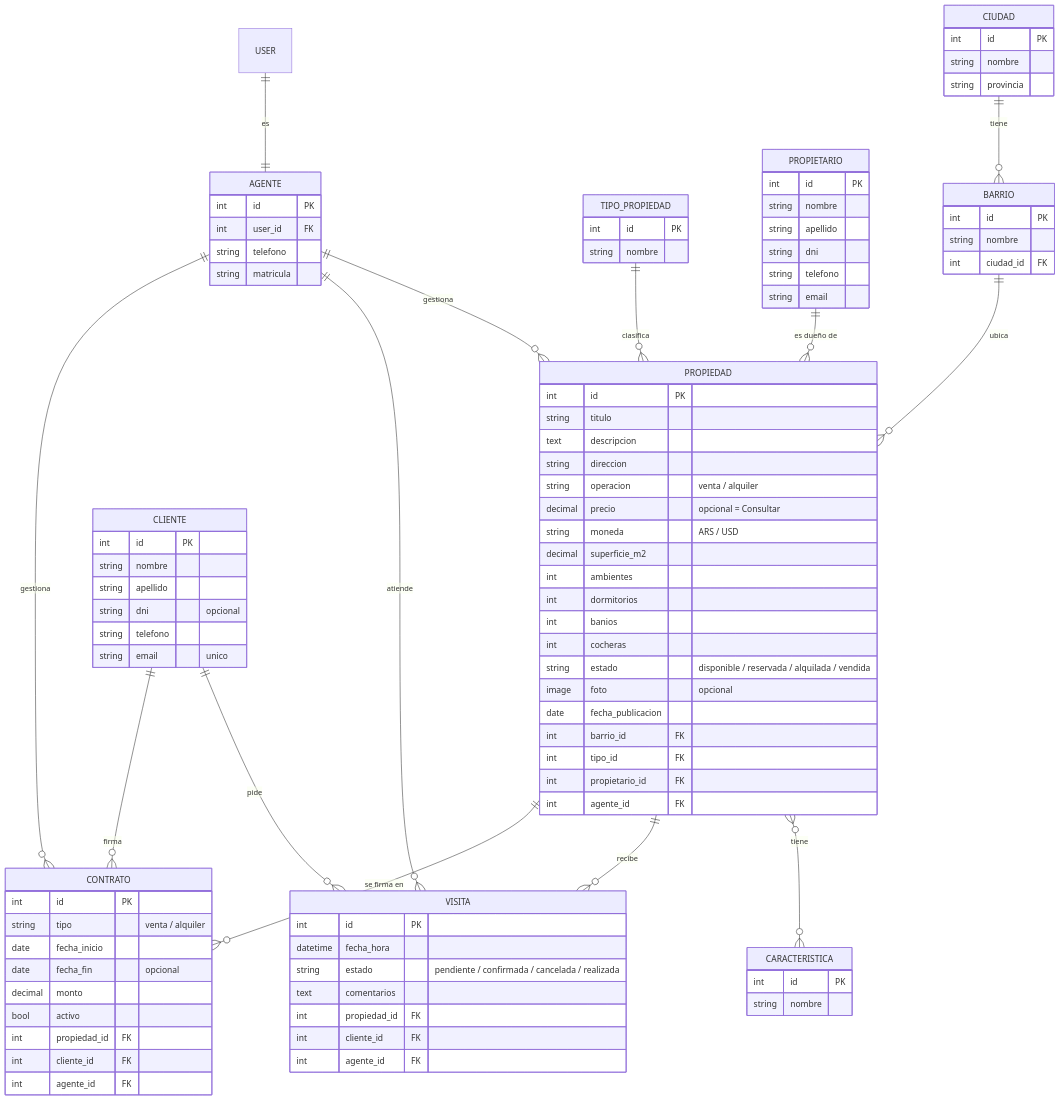
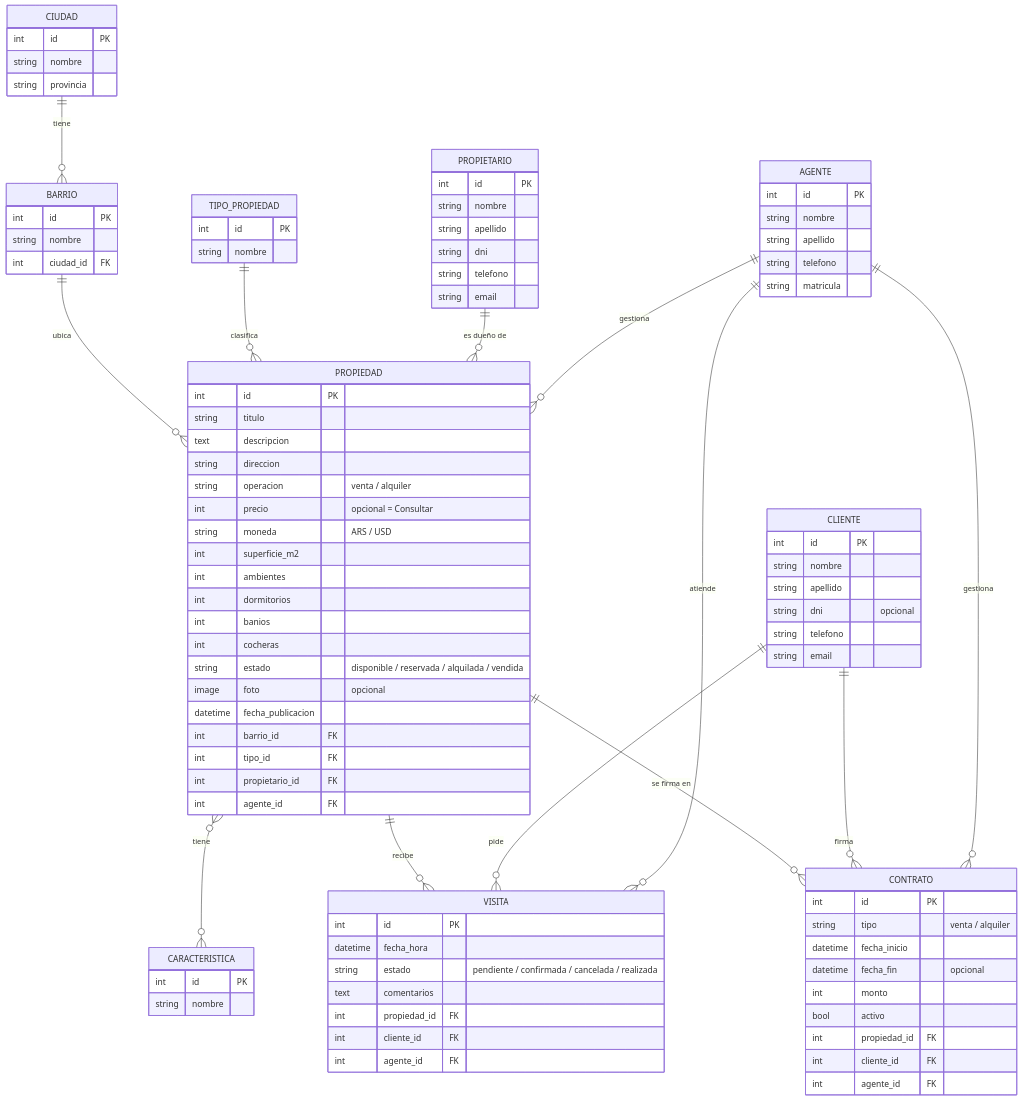
One commit to FacBel/inmobiliaria-riri-back changed the diagram in README.md. Above: the diagram before and after it, drawn with Mermaid. The commit also changed other lines of this file, not shown here.

Commit message:
actualizacion de readme

```diff
--- a/README.md
+++ b/README.md
@@ -25,7 +25,6 @@
     PROPIETARIO ||--o{ PROPIEDAD : "es dueño de"
     AGENTE ||--o{ PROPIEDAD : gestiona
     PROPIEDAD }o--o{ CARACTERISTICA : tiene
-    USER ||--|| AGENTE : "es"
     PROPIEDAD ||--o{ VISITA : recibe
     CLIENTE ||--o{ VISITA : pide
     AGENTE ||--o{ VISITA : atiende
@@ -61,7 +60,8 @@
     }
     AGENTE {
         int id PK
-        int user_id FK
+        string nombre
+        string apellido
         string telefono
         string matricula
     }
@@ -71,7 +71,7 @@
         string apellido
         string dni "opcional"
         string telefono
-        string email "unico"
+        string email
     }
     PROPIEDAD {
         int id PK
@@ -79,16 +79,16 @@
         text descripcion
         string direccion
         string operacion "venta / alquiler"
-        decimal precio "opcional = Consultar"
+        int precio "opcional = Consultar"
         string moneda "ARS / USD"
-        decimal superficie_m2
+        int superficie_m2
         int ambientes
         int dormitorios
         int banios
         int cocheras
         string estado "disponible / reservada / alquilada / vendida"
         image foto "opcional"
-        date fecha_publicacion
+        datetime fecha_publicacion
         int barrio_id FK
         int tipo_id FK
         int propietario_id FK
@@ -106,9 +106,9 @@
     CONTRATO {
         int id PK
         string tipo "venta / alquiler"
-        date fecha_inicio
-        date fecha_fin "opcional"
-        decimal monto
+        datetime fecha_inicio
+        datetime fecha_fin "opcional"
+        int monto
         bool activo
         int propiedad_id FK
         int cliente_id FK
```
